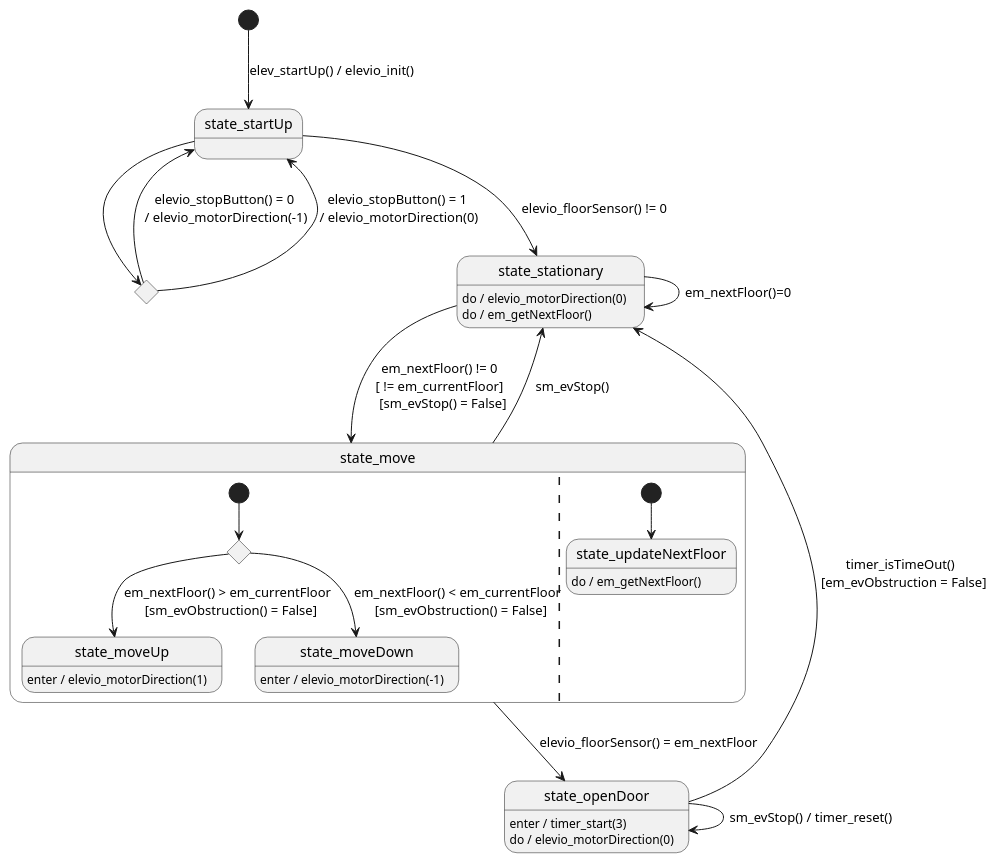
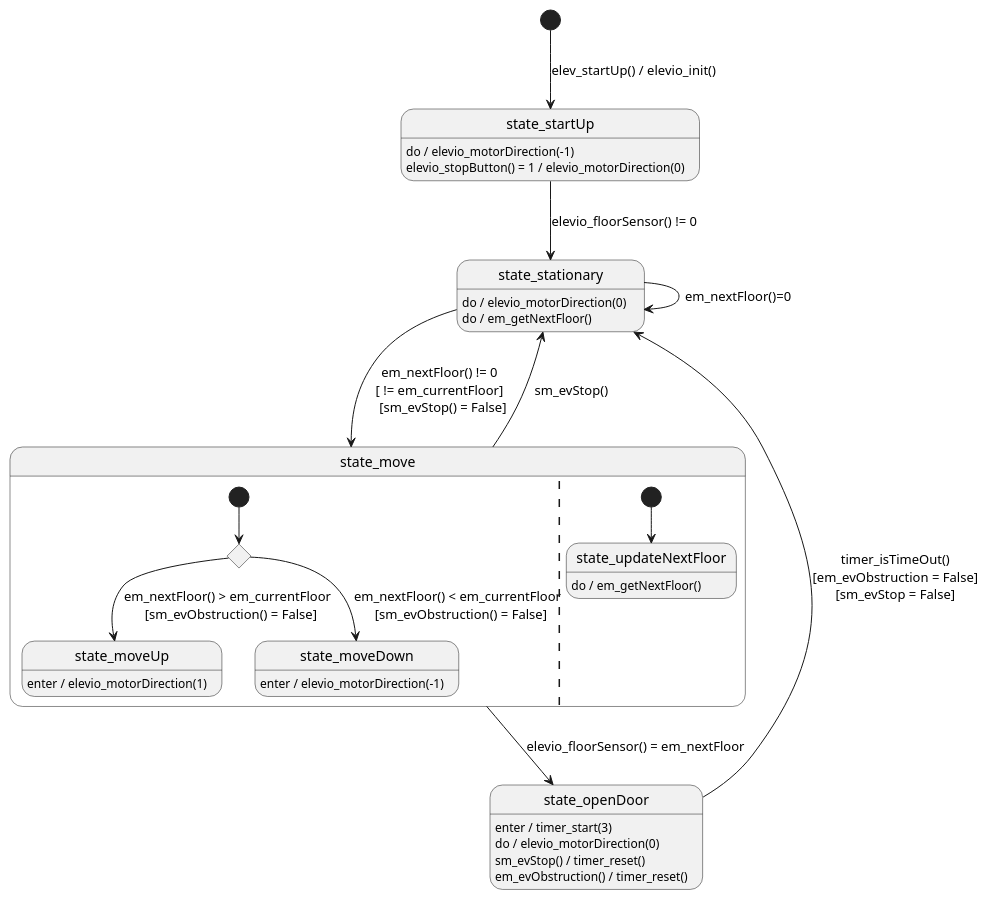
Before and after one commit to Smevold/TTK4235: the diagram in Heislab/TTK4235_Heislab/Diagram/UML_Diagram/Tilstandsdiagram.puml, drawn with PlantUML. The commit also changed 1 other file, not shown here.

Commit message:
Update UML

```diff
--- a/Heislab/TTK4235_Heislab/Diagram/UML_Diagram/Tilstandsdiagram.puml
+++ b/Heislab/TTK4235_Heislab/Diagram/UML_Diagram/Tilstandsdiagram.puml
@@ -1,42 +1,38 @@
 @startuml
 
 [*] --> state_startUp : elev_startUp() / elevio_init()
 
-state startUp <<choice>>
-
-state_startUp --> startUp
-startUp --> state_startUp : elevio_stopButton() = 0 \n/ elevio_motorDirection(-1)
-startUp --> state_startUp : elevio_stopButton() = 1 \n/ elevio_motorDirection(0)
+state_startUp : do / elevio_motorDirection(-1) \nelevio_stopButton() = 1 / elevio_motorDirection(0)
 
 state_startUp --> state_stationary : elevio_floorSensor() != 0
-
 
 state_stationary --> state_stationary : em_nextFloor()=0
 
 state_stationary : do / elevio_motorDirection(0) \ndo / em_getNextFloor()
 
 state_stationary --> state_move : em_nextFloor() != 0 \n[ != em_currentFloor] \n [sm_evStop() = False]
 
 state state_move {
     state state_readyToMove <<choice>>
     [*] --> state_readyToMove
     state_readyToMove --> state_moveUp : em_nextFloor() > em_currentFloor \n [sm_evObstruction() = False] 
     state_readyToMove --> state_moveDown : em_nextFloor() < em_currentFloor \n [sm_evObstruction() = False]
 
     state_moveUp : enter / elevio_motorDirection(1)
     state_moveDown : enter / elevio_motorDirection(-1)
 
     ||
     [*] --> state_updateNextFloor
     state_updateNextFloor : do / em_getNextFloor()
 
 }
 
 state_move --> state_openDoor : elevio_floorSensor() = em_nextFloor
 state_openDoor : enter / timer_start(3) \ndo / elevio_motorDirection(0)
-state_openDoor --> state_stationary : timer_isTimeOut() \n [em_evObstruction = False]
+state_openDoor : sm_evStop() / timer_reset()\nem_evObstruction() / timer_reset()
 
-state_openDoor --> state_openDoor : sm_evStop() / timer_reset()
+
+state_openDoor --> state_stationary : timer_isTimeOut()\n[em_evObstruction = False]\n[sm_evStop = False]
 
 state_move --> state_stationary : sm_evStop()
 @enduml
```
